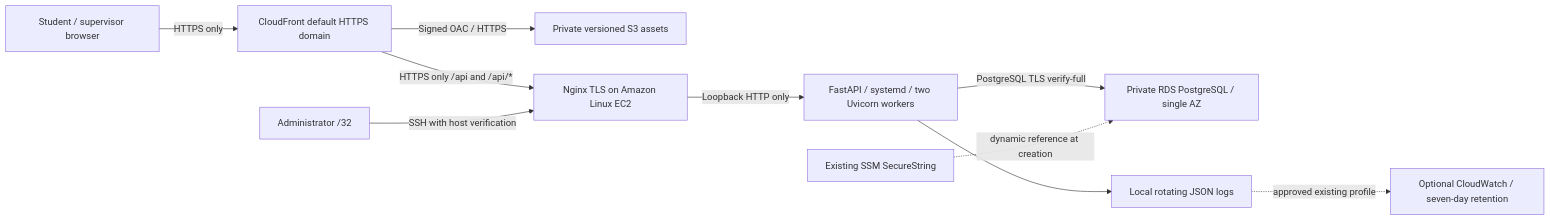
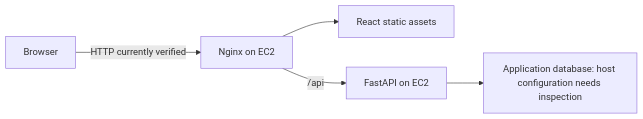
One commit to Ahanaful/CampusShift changed the diagram in docs/aws-architecture.md. Above: the diagram before and after it, drawn with Mermaid. The commit also changed other lines of this file and 33 other files, not shown here.

````diff
--- a/docs/aws-architecture.md
+++ b/docs/aws-architecture.md
@@ -7,12 +5,7 @@
 ```mermaid
 flowchart LR
-  Browser[Student / supervisor browser] -->|HTTPS only| CF[CloudFront default HTTPS domain]
-  CF -->|Signed OAC / HTTPS| S3[Private versioned S3 assets]
-  CF -->|HTTPS only /api and /api/*| Nginx[Nginx TLS on Amazon Linux EC2]
-  Admin[Administrator /32] -->|SSH with host verification| Nginx
-  Nginx -->|Loopback HTTP only| API[FastAPI / systemd / two Uvicorn workers]
-  API -->|PostgreSQL TLS verify-full| DB[Private RDS PostgreSQL / single AZ]
-  API --> Logs[Local rotating JSON logs]
-  Logs -. approved existing profile .-> CW[Optional CloudWatch / seven-day retention]
-  SSM[Existing SSM SecureString] -. dynamic reference at creation .-> DB
+    Browser -->|HTTP currently verified| Nginx[Nginx on EC2]
+    Nginx --> Assets[React static assets]
+    Nginx -->|/api| API[FastAPI on EC2]
+    API --> Data[Application database: host configuration needs inspection]
 ```
````
